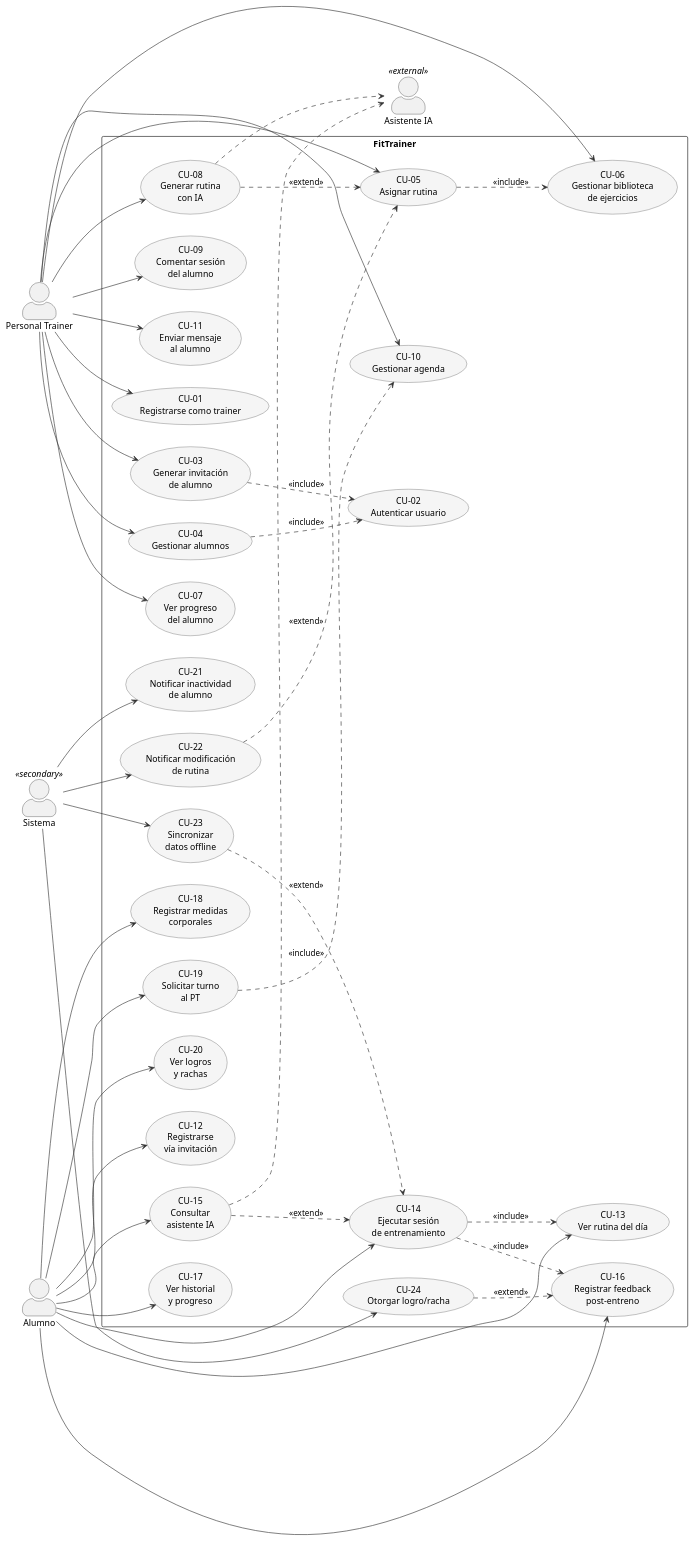
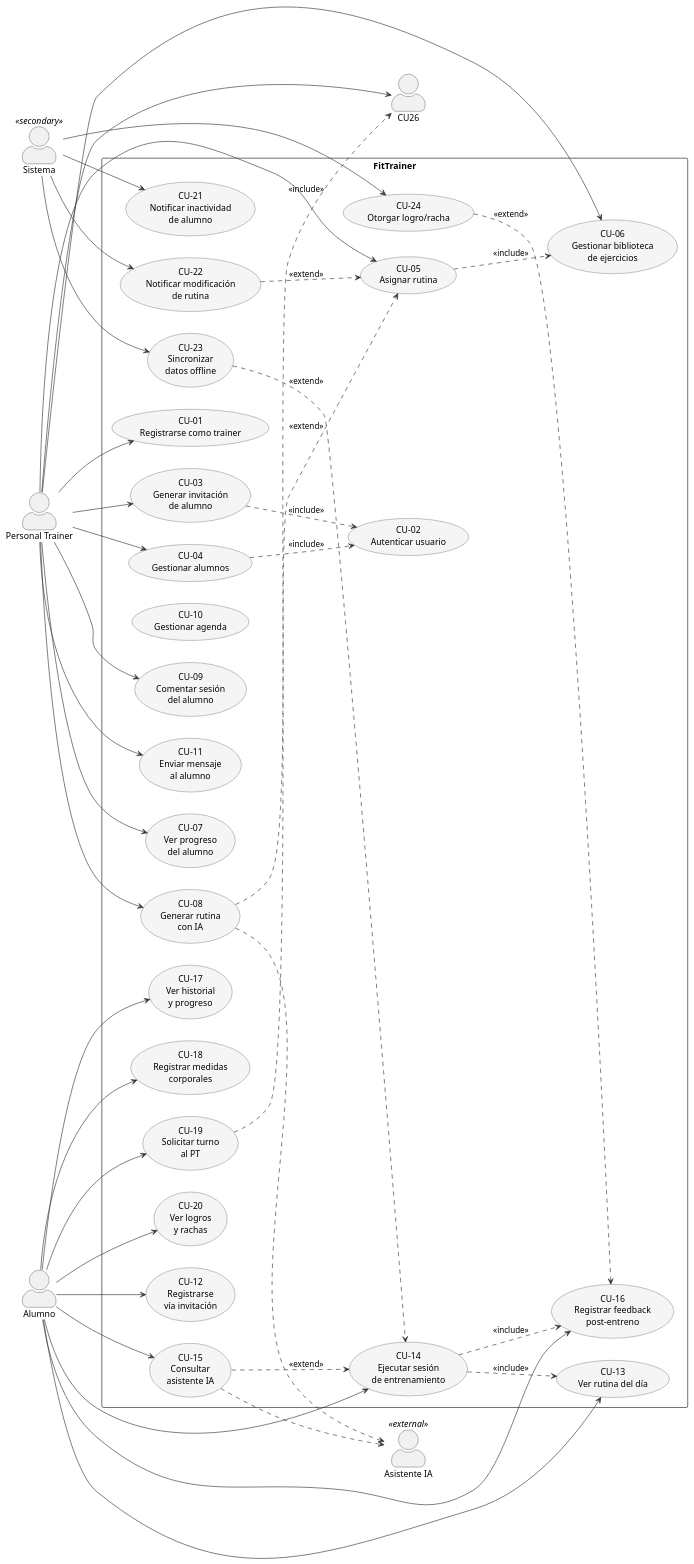
The diagram in docs/arquitectura/diagrama-casos-de-uso.md (irolon/parcial-2-ap-acn5bv-queimalinos-rolon), drawn with PlantUML before and after one commit. The commit also changed other lines of this file and 4 other files, not shown here.

```diff
--- a/docs/arquitectura/diagrama-casos-de-uso.md
+++ b/docs/arquitectura/diagrama-casos-de-uso.md
@@ -161,7 +161,7 @@
 PT --> CU07
 PT --> CU08
 PT --> CU09
-PT --> CU10
+PT --> CU26
 PT --> CU11
 
 ' --- Asociaciones Alumno ---
@@ -191,7 +191,7 @@
 CU05 ..> CU06 : <<include>>
 CU14 ..> CU13 : <<include>>
 CU14 ..> CU16 : <<include>>
-CU19 ..> CU10 : <<include>>
+CU19 ..> CU26 : <<include>>
 
 ' --- Relaciones extend ---
 CU08 ..> CU05 : <<extend>>
```
